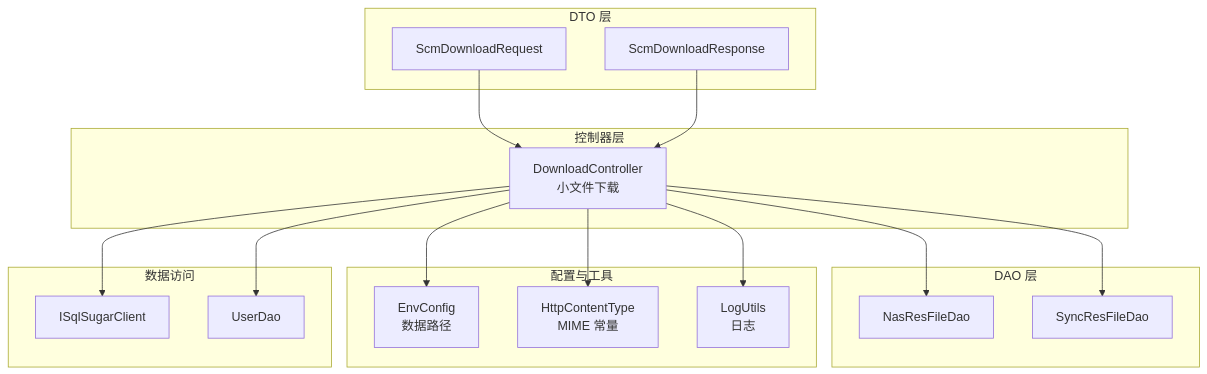
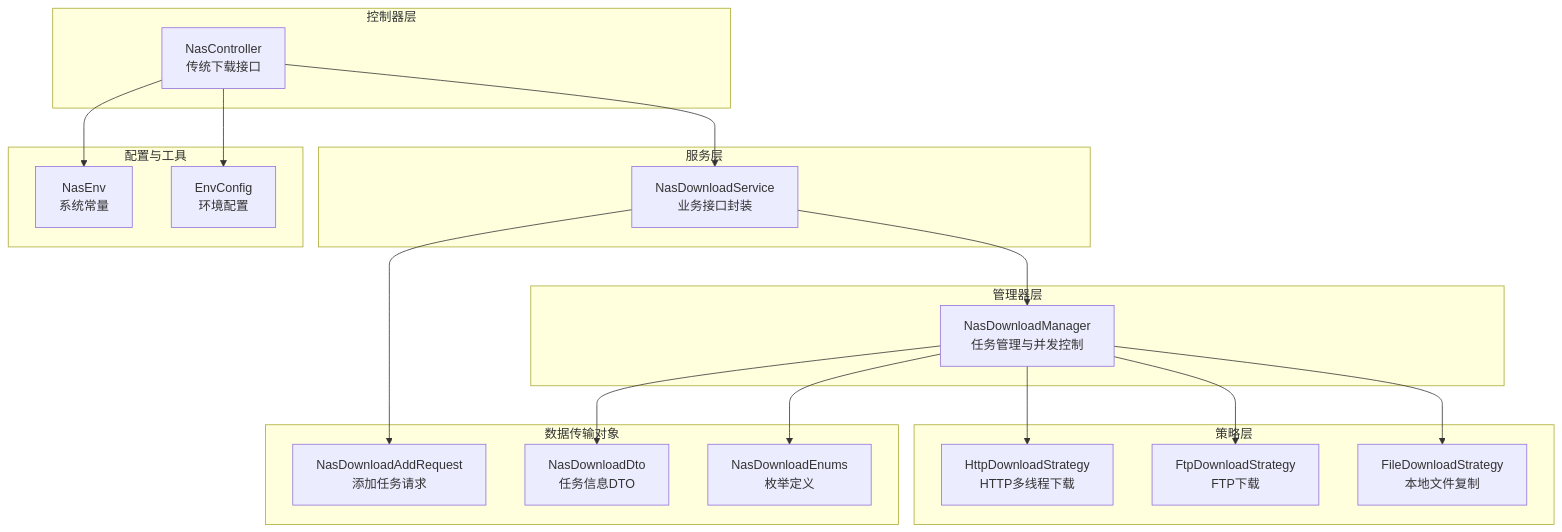
One commit to leadiot/Scm.Net changed the first of 9 diagrams in .qoder/repowiki/zh/content/文件管理系统/文件上传下载/文件下载.md. Above: the diagram before and after it, drawn with Mermaid. The commit also changed other lines of this file and 7 other files, not shown here.

````diff
--- a/.qoder/repowiki/zh/content/文件管理系统/文件上传下载/文件下载.md
+++ b/.qoder/repowiki/zh/content/文件管理系统/文件上传下载/文件下载.md
@@ -50,32 +72,36 @@
 ```mermaid
 graph TB
 subgraph "控制器层"
-DC["DownloadController<br/>小文件下载"]
+NC["NasController<br/>传统下载接口"]
 end
-subgraph "DTO 层"
-REQ["ScmDownloadRequest"]
-RESP["ScmDownloadResponse"]
+subgraph "服务层"
+NDS["NasDownloadService<br/>业务接口封装"]
 end
-subgraph "DAO 层"
-NFD["NasResFileDao"]
-SRFD["SyncResFileDao"]
+subgraph "管理器层"
+NDM["NasDownloadManager<br/>任务管理与并发控制"]
+end
+subgraph "策略层"
+HDS["HttpDownloadStrategy<br/>HTTP多线程下载"]
+FTPS["FtpDownloadStrategy<br/>FTP下载"]
+FDS["FileDownloadStrategy<br/>本地文件复制"]
+end
+subgraph "数据传输对象"
+NAD["NasDownloadAddRequest<br/>添加任务请求"]
+NDD["NasDownloadDto<br/>任务信息DTO"]
+NDE["NasDownloadEnums<br/>枚举定义"]
 end
 subgraph "配置与工具"
-ENV["EnvConfig<br/>数据路径"]
-HTC["HttpContentType<br/>MIME 常量"]
-LOG["LogUtils<br/>日志"]
+NE["NasEnv<br/>系统常量"]
+EC["EnvConfig<br/>环境配置"]
 end
-subgraph "数据访问"
-SQL["ISqlSugarClient"]
-UDAO["UserDao"]
-end
-DC --> SQL
-DC --> ENV
-DC --> HTC
-DC --> LOG
-DC --> UDAO
-DC --> NFD
-DC --> SRFD
-REQ --> DC
-RESP --> DC
+NC --> NDS
+NDS --> NDM
+NDM --> HDS
+NDM --> FTPS
+NDM --> FDS
+NDS --> NAD
+NDM --> NDD
+NDM --> NDE
+NC --> NE
+NC --> EC
 ```
````
